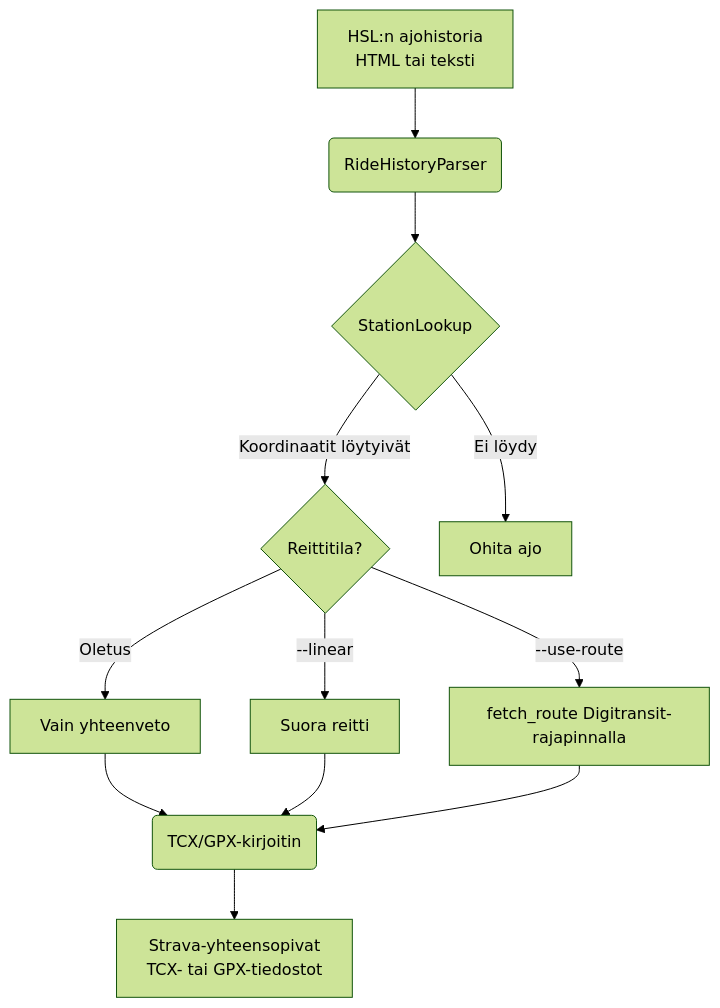
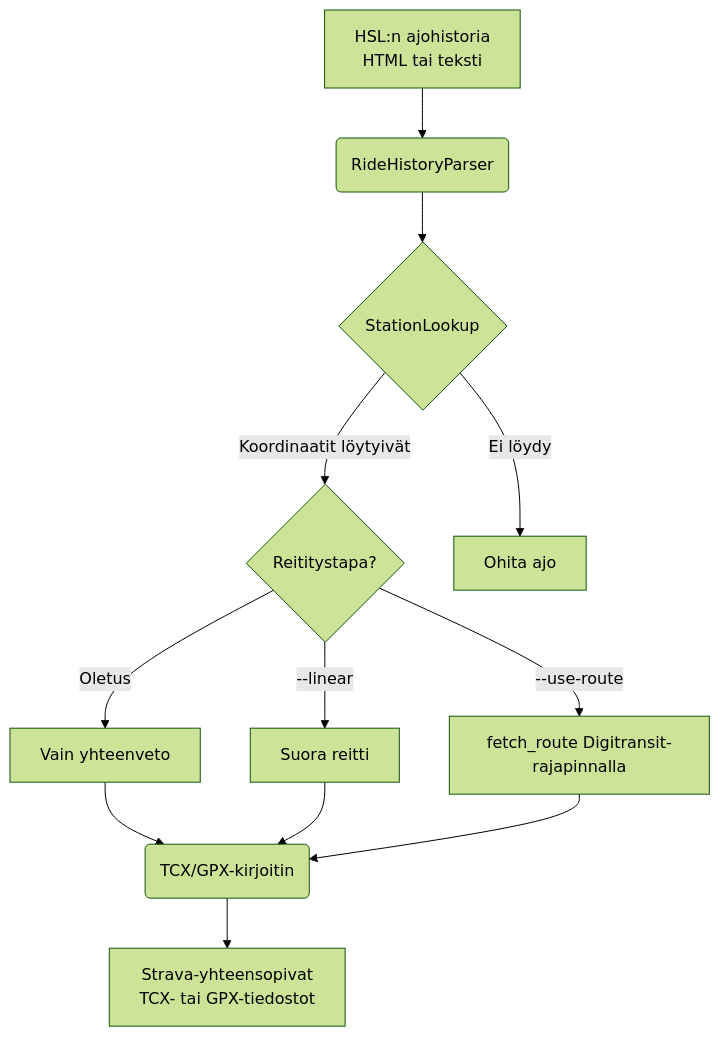
The diagram in README.fi.md (nikosavola/hsl-kaupunkipyora-exporter), drawn with Mermaid (forest theme) before and after one commit. The commit also changed other lines of this file, not shown here.

````diff
--- a/README.fi.md
+++ b/README.fi.md
@@ -91,17 +89,17 @@
 ```mermaid
 graph TD
     A[HSL:n ajohistoria<br/>HTML tai teksti] --> B(RideHistoryParser)
     B --> C{StationLookup}
-    C -- Koordinaatit löytyivät --> D{Reittitila?}
+    C -- Koordinaatit löytyivät --> D{Reititystapa?}
     C -- Ei löydy --> E[Ohita ajo]
 
     D -- Oletus --> F[Vain yhteenveto]
     D -- "--linear" --> G[Suora reitti]
     D -- "--use-route" --> H[fetch_route Digitransit-rajapinnalla]
 
     F --> I(TCX/GPX-kirjoitin)
     G --> I
     H --> I
 
     I --> J[Strava-yhteensopivat<br/>TCX- tai GPX-tiedostot]
 ```
````
